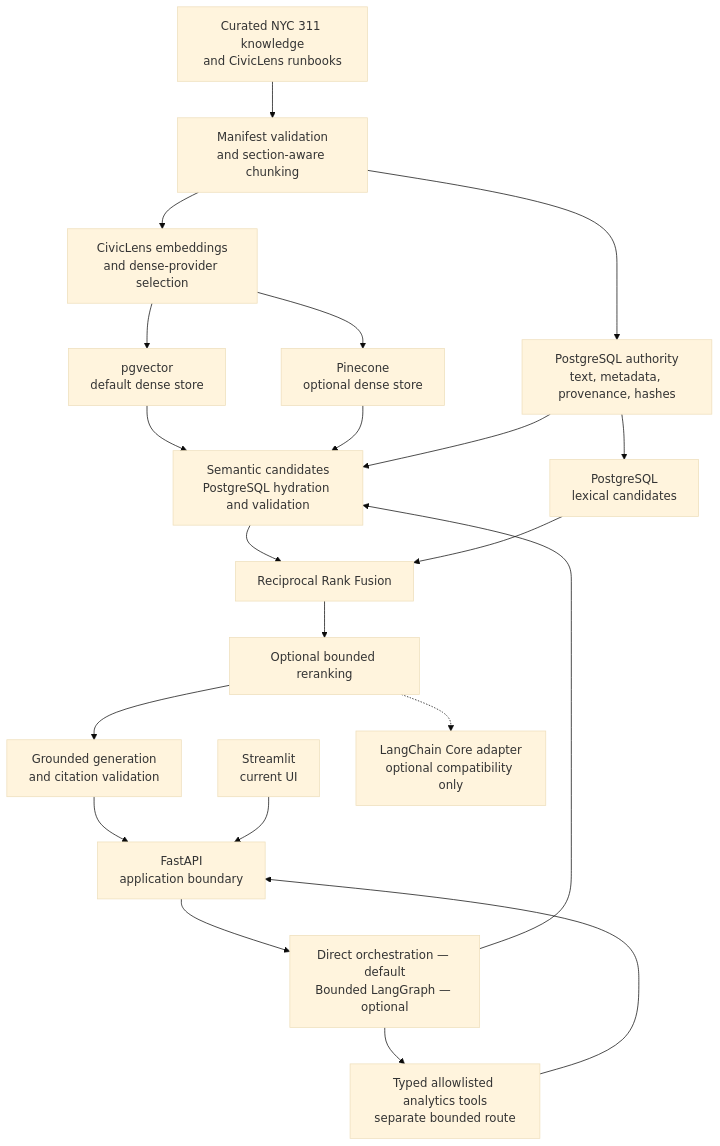
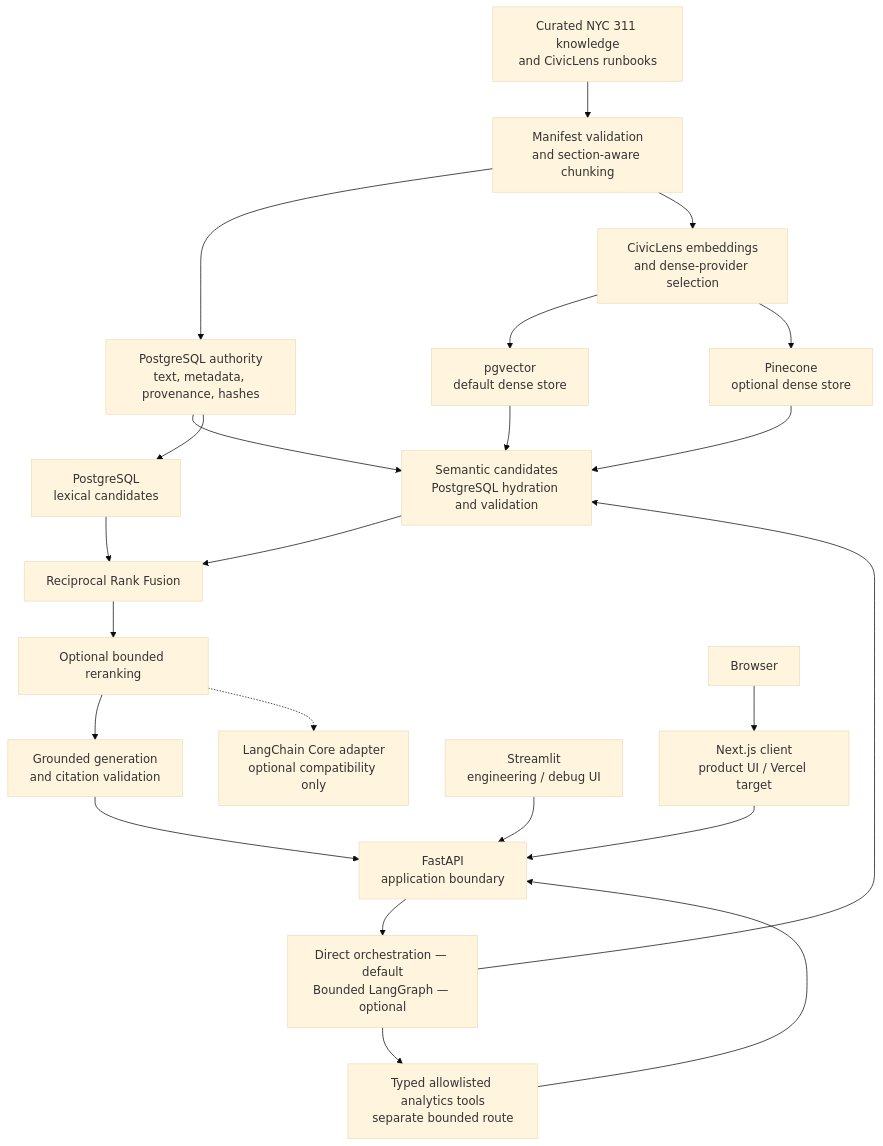
The diagram in README.md (rihua-tech/civiclens-rag-nyc311), drawn with Mermaid (base theme) before and after one commit. The commit also changed other lines of this file and 36 other files, not shown here.

````diff
--- a/README.md
+++ b/README.md
@@ -22,40 +22,44 @@
 ```mermaid
 flowchart TD
     sources["Curated NYC 311 knowledge<br/>and CivicLens runbooks"]
     ingestion["Manifest validation<br/>and section-aware chunking"]
     postgres["PostgreSQL authority<br/>text, metadata, provenance, hashes"]
     embeddings["CivicLens embeddings<br/>and dense-provider selection"]
     pgvector["pgvector<br/>default dense store"]
     pinecone["Pinecone<br/>optional dense store"]
     dense["Semantic candidates<br/>PostgreSQL hydration and validation"]
     lexical["PostgreSQL<br/>lexical candidates"]
     rrf["Reciprocal Rank Fusion"]
     rerank["Optional bounded reranking"]
     grounded["Grounded generation<br/>and citation validation"]
     fastapi["FastAPI<br/>application boundary"]
     orchestration["Direct orchestration — default<br/>Bounded LangGraph — optional"]
     analytics["Typed allowlisted analytics tools<br/>separate bounded route"]
-    streamlit["Streamlit<br/>current UI"]
+    browser["Browser"]
+    nextjs["Next.js client<br/>product UI / Vercel target"]
+    streamlit["Streamlit<br/>engineering / debug UI"]
     langchain["LangChain Core adapter<br/>optional compatibility only"]
 
     sources --> ingestion
     ingestion --> postgres
     ingestion --> embeddings
     embeddings --> pgvector
     embeddings --> pinecone
     pgvector --> dense
     pinecone --> dense
     postgres --> dense
     postgres --> lexical
     fastapi --> orchestration
     orchestration --> dense
     orchestration --> analytics
     dense --> rrf
     lexical --> rrf
     rrf --> rerank
     rerank --> grounded
     grounded --> fastapi
     analytics --> fastapi
+    browser --> nextjs
+    nextjs --> fastapi
     streamlit --> fastapi
     rerank -.-> langchain
 ```
````
